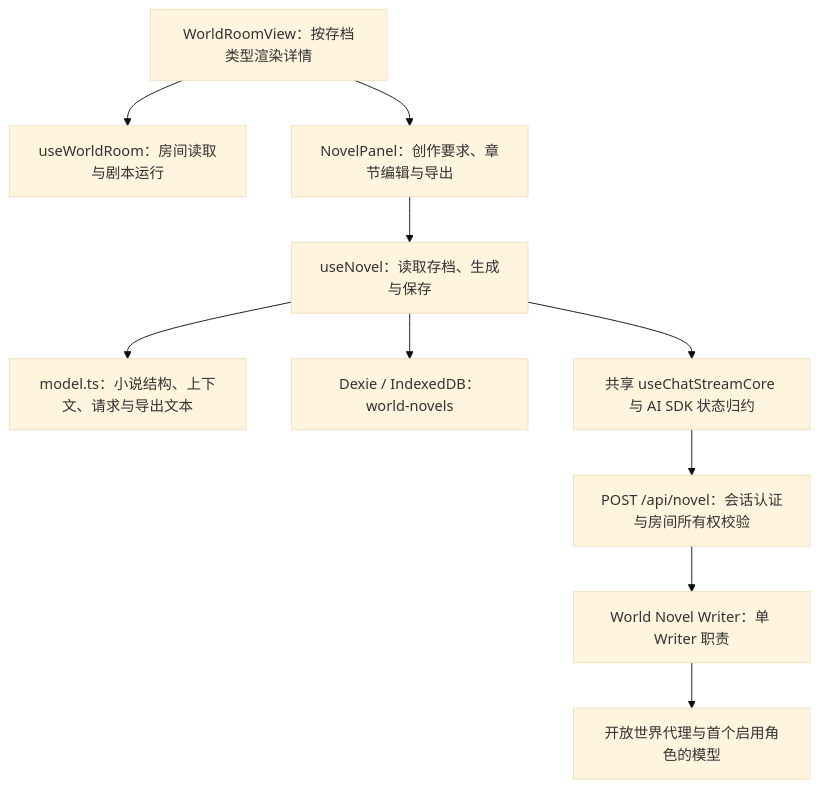
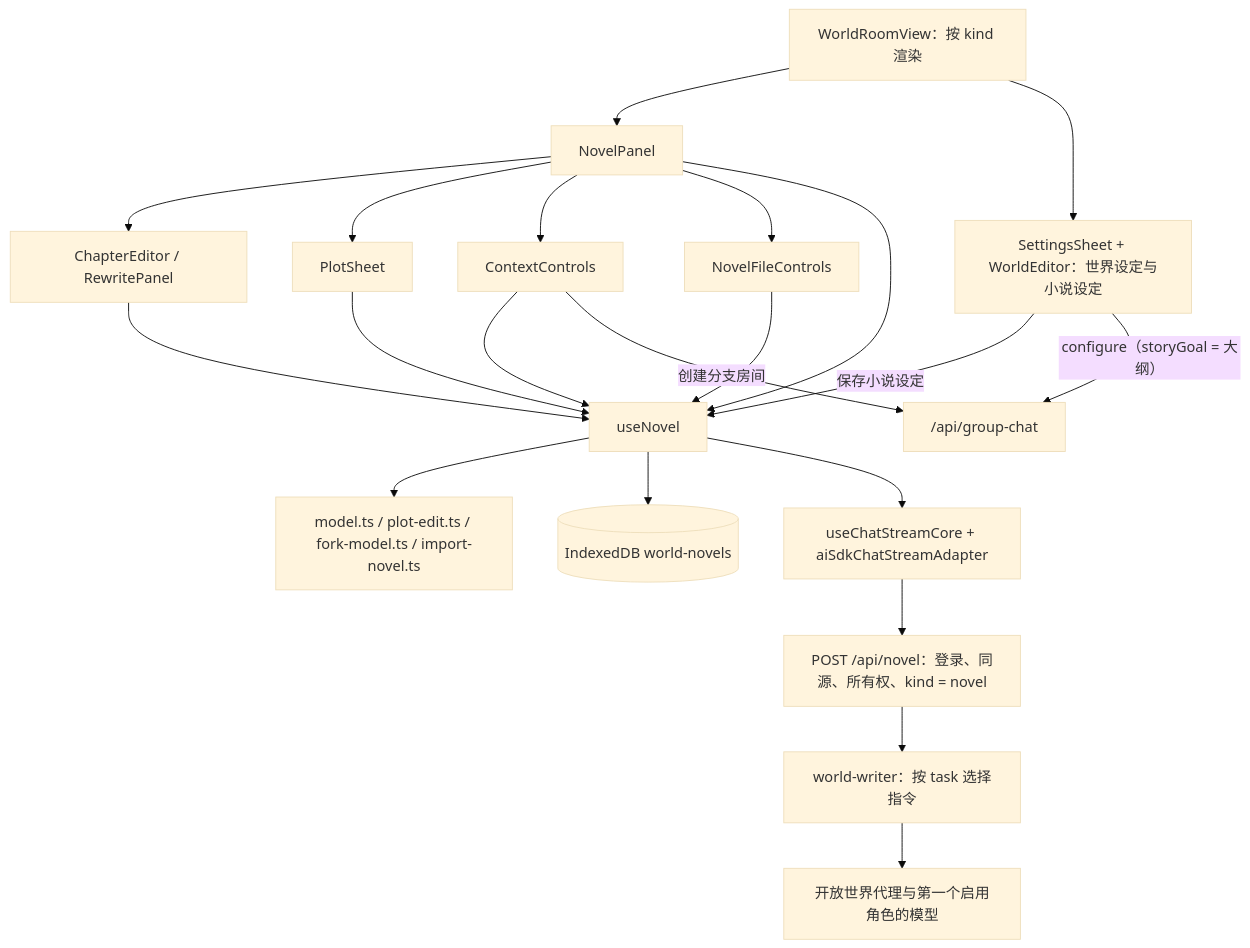
Before and after one commit to marvin-season/landing-page: the fourth of 5 diagrams in docs/open-world/flowcharts.md, drawn with Mermaid (base theme). The commit also changed other lines of this file and 7 other files, not shown here.

Commit message:
docs: rewrite open world docs to match current code

````diff
--- a/docs/open-world/flowcharts.md
+++ b/docs/open-world/flowcharts.md
@@ -123,12 +112,23 @@
 ```mermaid
 flowchart TD
-  Room[WorldRoomView：按存档类型渲染详情] --> Chat[useWorldRoom：房间读取与剧本运行]
-  Room --> Panel[NovelPanel：创作要求、章节编辑与导出]
-  Panel --> Hook[useNovel：读取存档、生成与保存]
-  Hook --> Model[model.ts：小说结构、上下文、请求与导出文本]
-  Hook --> Store[Dexie / IndexedDB：world-novels]
-  Hook --> Core[共享 useChatStreamCore 与 AI SDK 状态归约]
-  Core --> API[POST /api/novel：会话认证与房间所有权校验]
-  API --> Writer[World Novel Writer：单 Writer 职责]
-  Writer --> LLM[开放世界代理与首个启用角色的模型]
+  Room[WorldRoomView：按 kind 渲染] --> Panel[NovelPanel]
+  Room --> Settings[SettingsSheet + WorldEditor：世界设定与小说设定]
+  Settings -->|保存小说设定| Hook
+  Settings -->|"configure（storyGoal = 大纲）"| GroupAPI["/api/group-chat"]
+  Panel --> Editor[ChapterEditor / RewritePanel]
+  Panel --> Plot[PlotSheet]
+  Panel --> Fork[ContextControls]
+  Panel --> Files[NovelFileControls]
+  Panel --> Hook[useNovel]
+  Editor --> Hook
+  Plot --> Hook
+  Fork --> Hook
+  Files --> Hook
+  Hook --> Model[model.ts / plot-edit.ts / fork-model.ts / import-novel.ts]
+  Hook --> DB[(IndexedDB world-novels)]
+  Hook --> Core[useChatStreamCore + aiSdkChatStreamAdapter]
+  Fork -->|创建分支房间| GroupAPI
+  Core --> API["POST /api/novel：登录、同源、所有权、kind = novel"]
+  API --> Writer[world-writer：按 task 选择指令]
+  Writer --> LLM[开放世界代理与第一个启用角色的模型]
 ```
````
